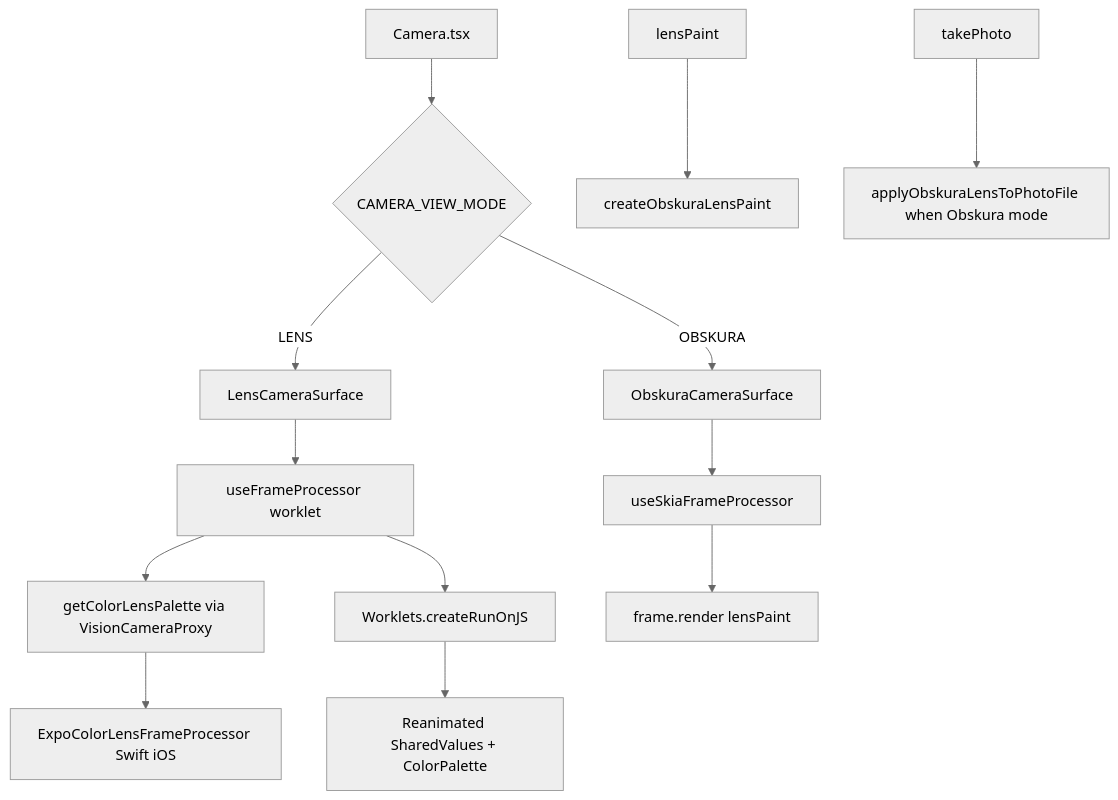
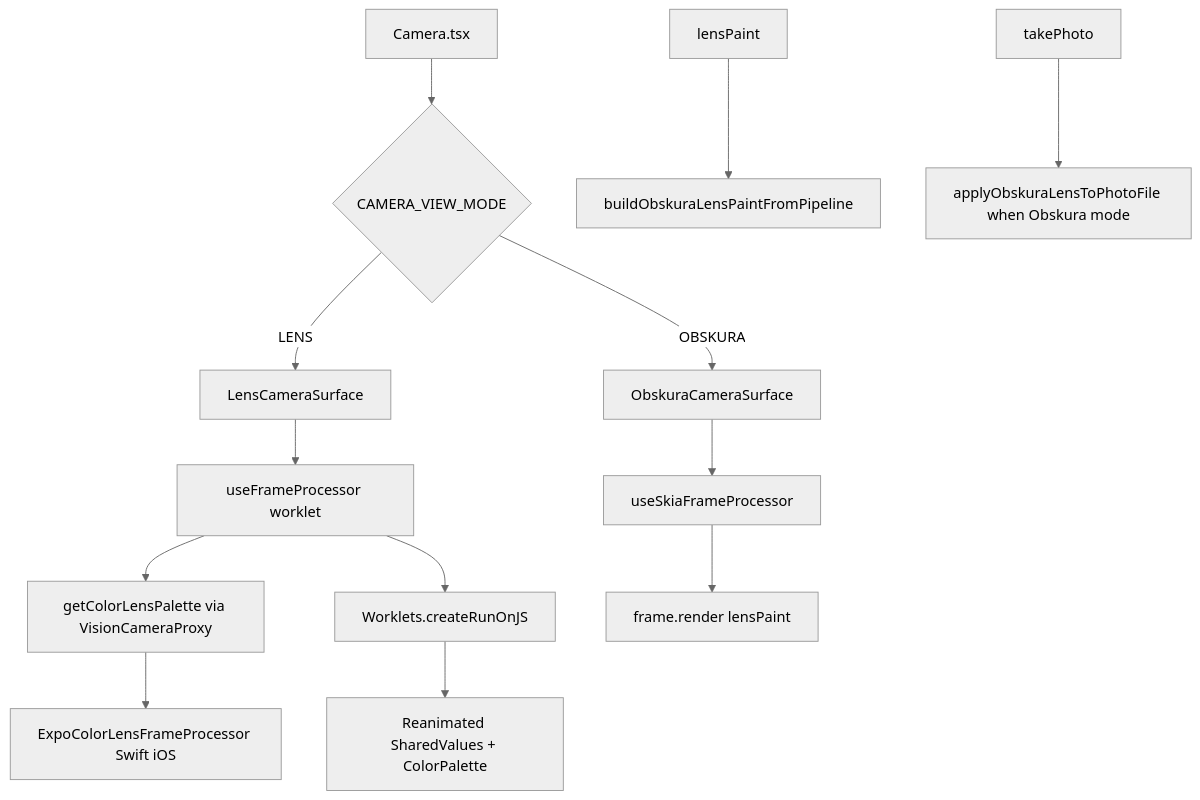
Before and after one commit to keithbmccall/affirmations: the second of 2 diagrams in lib/features/Lens/README.md, drawn with Mermaid (neutral theme). The commit also changed other lines of this file and 21 other files, not shown here.

````diff
--- a/lib/features/Lens/README.md
+++ b/lib/features/Lens/README.md
@@ -146,15 +146,15 @@
 ```mermaid
 flowchart TB
   Camera[Camera.tsx] --> mode{CAMERA_VIEW_MODE}
   mode -->|LENS| LensSurface[LensCameraSurface]
   mode -->|OBSKURA| ObskuraSurface[ObskuraCameraSurface]
   LensSurface --> useFP[useFrameProcessor worklet]
   useFP --> plugin[getColorLensPalette via VisionCameraProxy]
   plugin --> ios[ExpoColorLensFrameProcessor Swift iOS]
   useFP --> runOnJS[Worklets.createRunOnJS]
   runOnJS --> paletteUI[Reanimated SharedValues + ColorPalette]
   ObskuraSurface --> useSkia[useSkiaFrameProcessor]
   useSkia --> render[frame.render lensPaint]
-  lensPaint --> createPaint[createObskuraLensPaint]
+  lensPaint --> buildPaint[buildObskuraLensPaintFromPipeline]
   capture[takePhoto] --> applyStill[applyObskuraLensToPhotoFile when Obskura mode]
 ```
````
